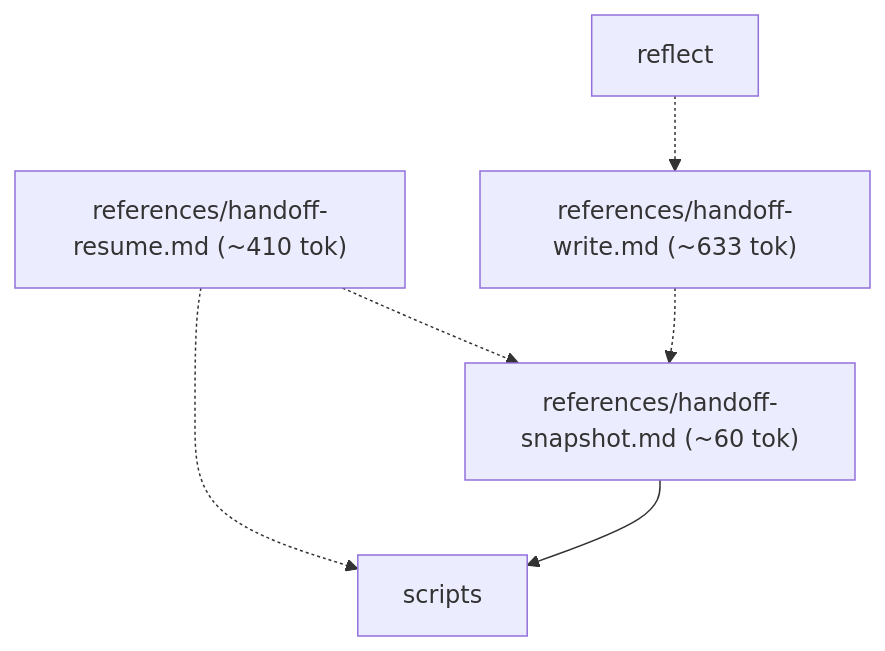
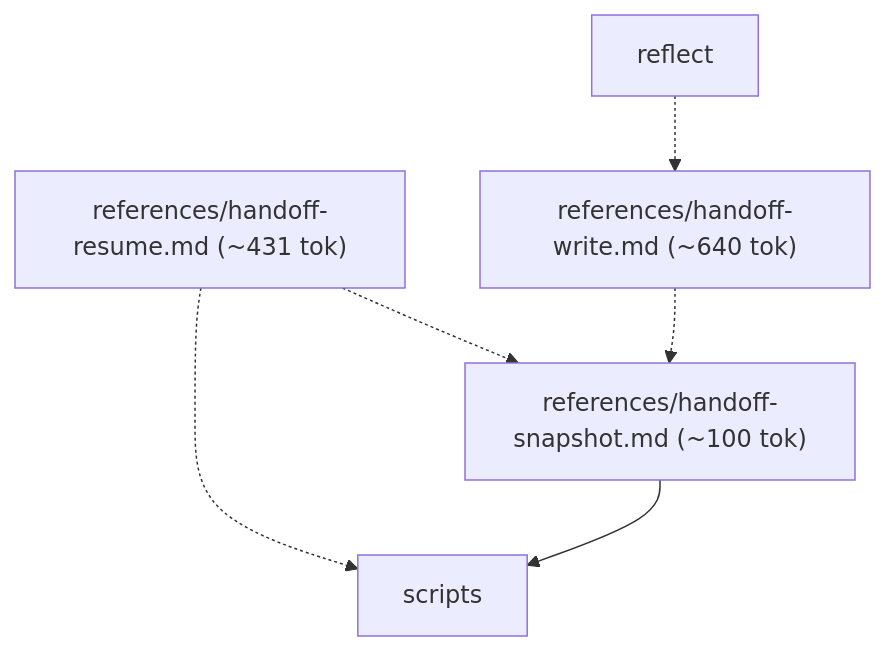
One commit to alecegg/varde changed the second of 6 diagrams in skills/varde-knowledge/FLOW.md. Above: the diagram before and after it, drawn with Mermaid. The commit also changed other lines of this file and 269 other files, not shown here.

````diff
--- a/skills/varde-knowledge/FLOW.md
+++ b/skills/varde-knowledge/FLOW.md
@@ -50,13 +38,13 @@
 ```mermaid
 flowchart TD
-  n0["references/handoff-resume.md (~410 tok)"]
-  n1["references/handoff-snapshot.md (~60 tok)"]
-  n2["references/handoff-write.md (~633 tok)"]
+  n0["references/handoff-resume.md (~431 tok)"]
+  n1["references/handoff-snapshot.md (~100 tok)"]
+  n2["references/handoff-write.md (~640 tok)"]
   n3["reflect"]
   n4["scripts"]
   n0 -.-> n1
   n0 -.-> n4
   n1 --> n4
   n2 -.-> n1
   n3 -.-> n2
 ```
````
